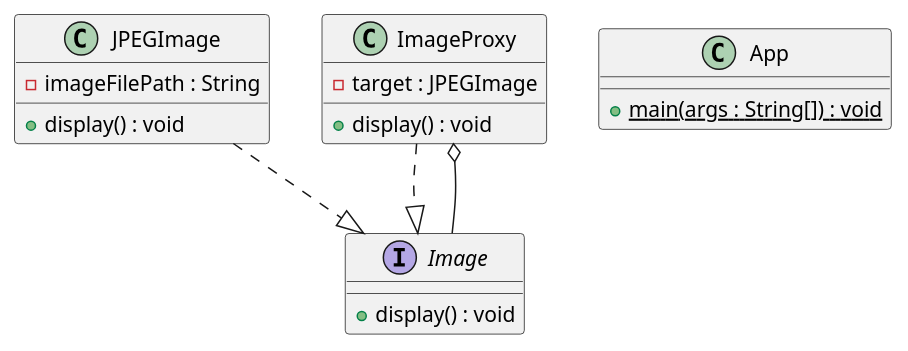
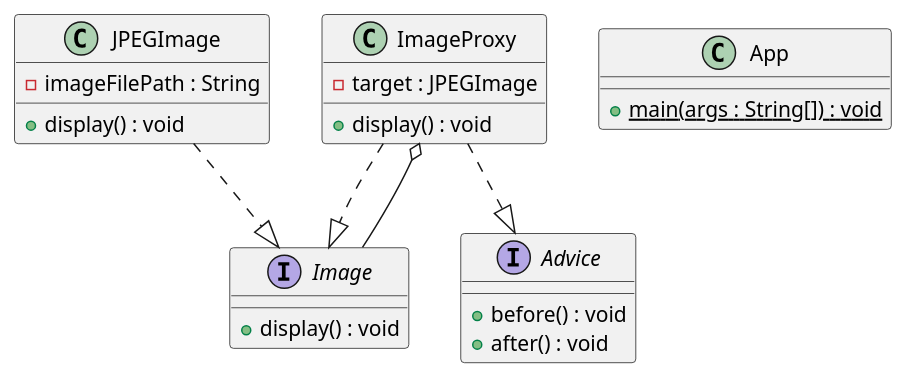
Before and after one commit to bsyonline/microlabs: the diagram in design-pattern/src/main/java/com/rolex/microlabs/structural/proxy/static_proxy/uml/static_proxy.puml, drawn with PlantUML. The commit also changed 11 other files, not shown here.

```diff
--- a/design-pattern/src/main/java/com/rolex/microlabs/structural/proxy/static_proxy/uml/static_proxy.puml
+++ b/design-pattern/src/main/java/com/rolex/microlabs/structural/proxy/static_proxy/uml/static_proxy.puml
@@ -1,25 +1,31 @@
 @startuml
 
 interface Image {
     + display() : void
+}
+
+interface Advice {
+    + before() : void
+    + after() : void
 }
 
 class App {
     + main(args : String[]) {static} : void
 }
 
 class JPEGImage {
     - imageFilePath : String
     + display() : void
 }
 
 class ImageProxy {
     - target : JPEGImage
     + display() : void
 }
 
 JPEGImage ..|> Image
 ImageProxy ..|> Image
 ImageProxy o-- Image
+ImageProxy ..|> Advice
 
 @enduml
```
